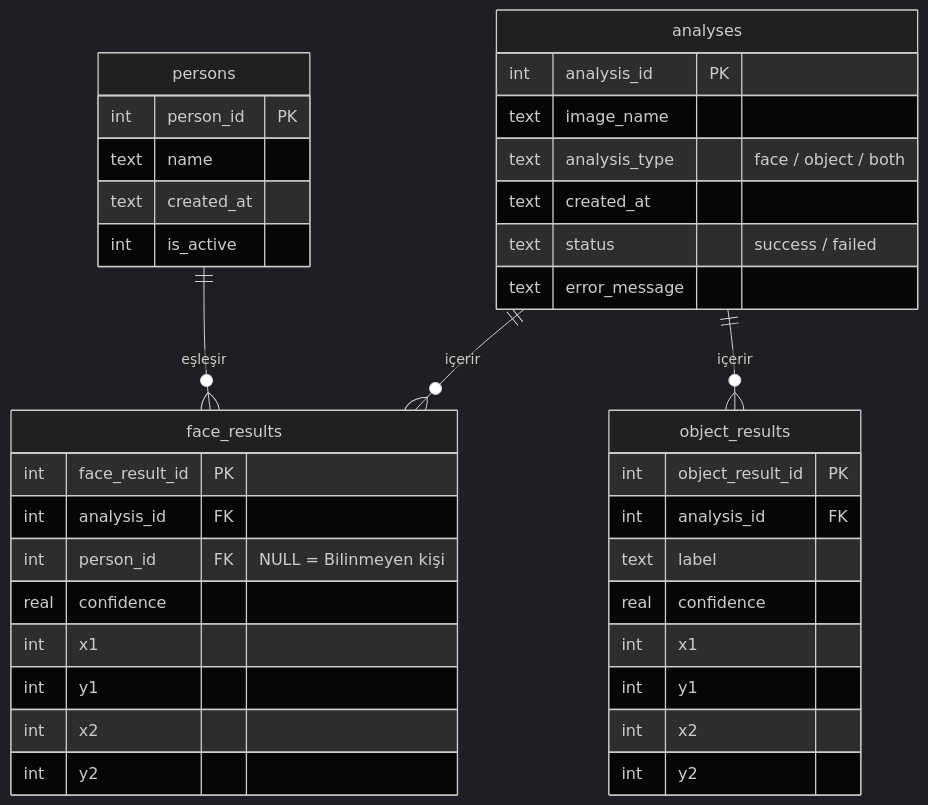
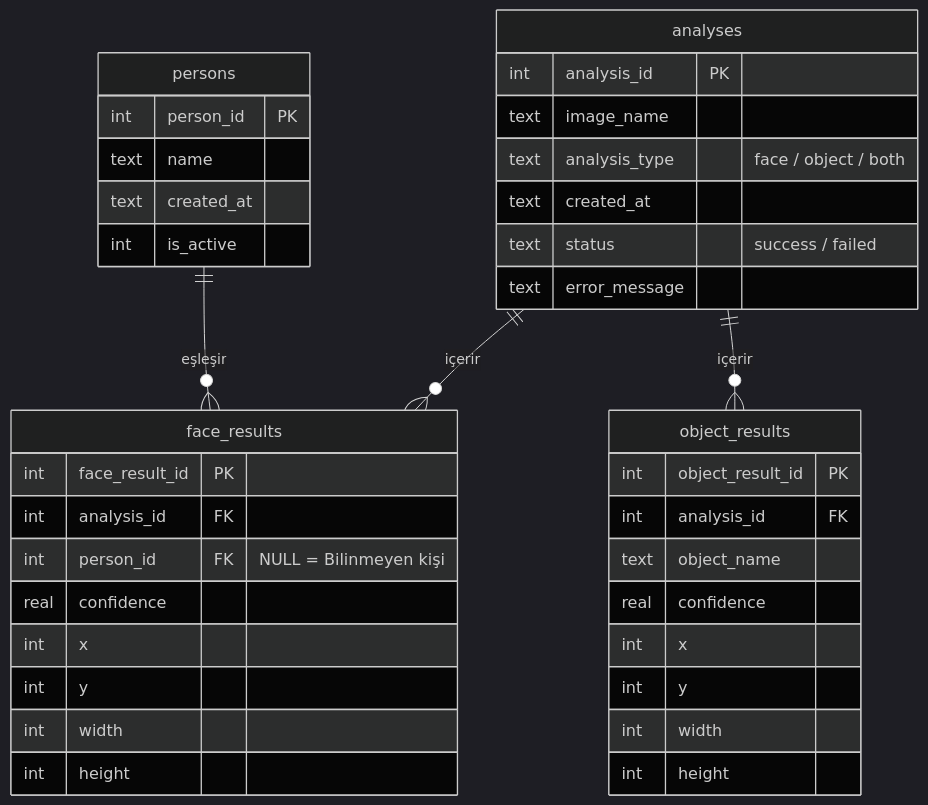
One commit to cemrezeyno/yms301-yuz-ve-nesne-tanima changed the diagram in README.md. Above: the diagram before and after it, drawn with Mermaid (dark theme). The commit also changed other lines of this file, not shown here.

````diff
--- a/README.md
+++ b/README.md
@@ -82,41 +82,41 @@
 ```mermaid
 erDiagram
     persons ||--o{ face_results : "eşleşir"
     analyses ||--o{ face_results : "içerir"
     analyses ||--o{ object_results : "içerir"
 
     persons {
         int person_id PK
         text name
         text created_at
         int is_active
     }
     analyses {
         int analysis_id PK
         text image_name
         text analysis_type "face / object / both"
         text created_at
         text status "success / failed"
         text error_message
     }
     face_results {
         int face_result_id PK
         int analysis_id FK
         int person_id FK "NULL = Bilinmeyen kişi"
         real confidence
-        int x1
-        int y1
-        int x2
-        int y2
+        int x
+        int y
+        int width
+        int height
     }
     object_results {
         int object_result_id PK
         int analysis_id FK
-        text label
+        text object_name
         real confidence
-        int x1
-        int y1
-        int x2
-        int y2
+        int x
+        int y
+        int width
+        int height
     }
 ```
````
